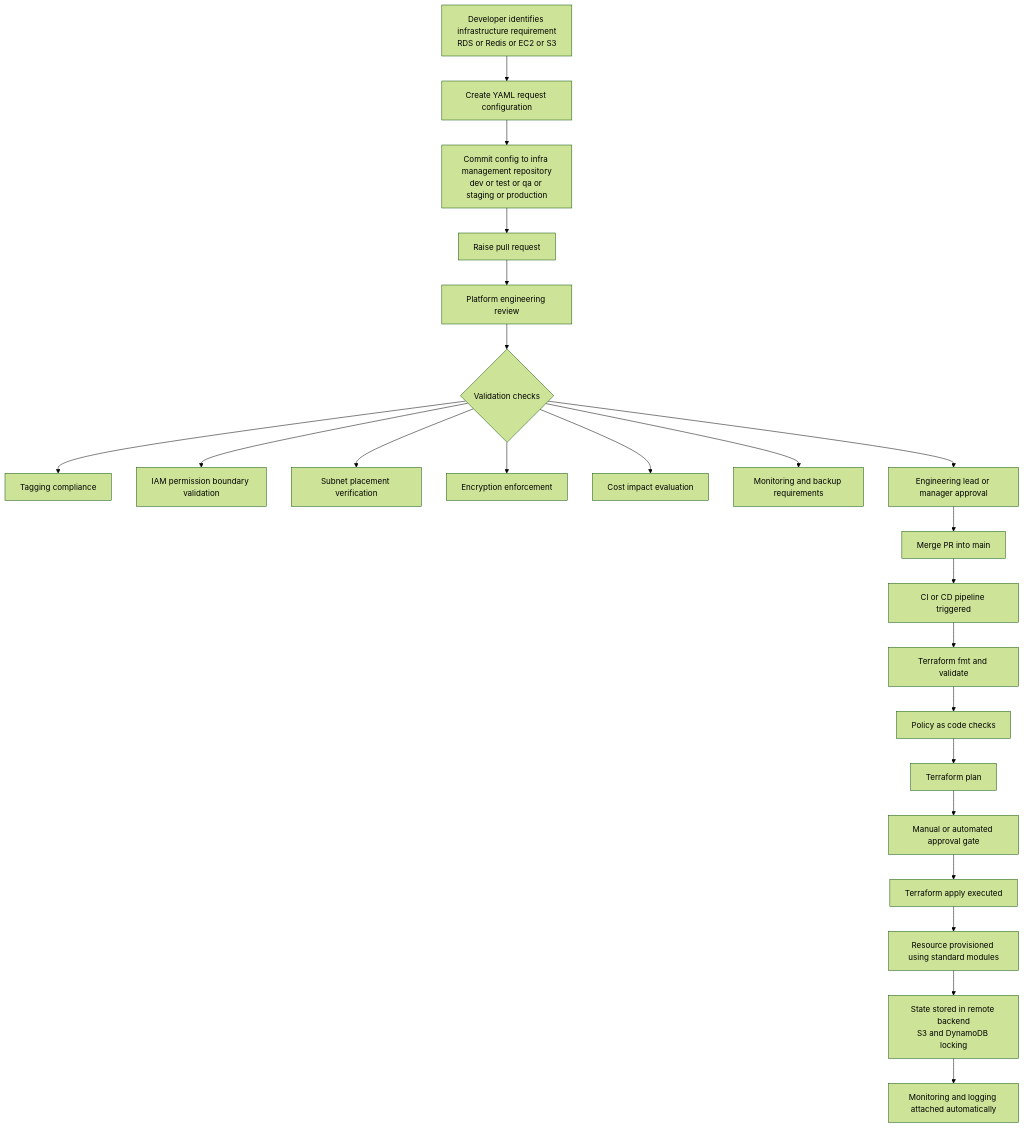
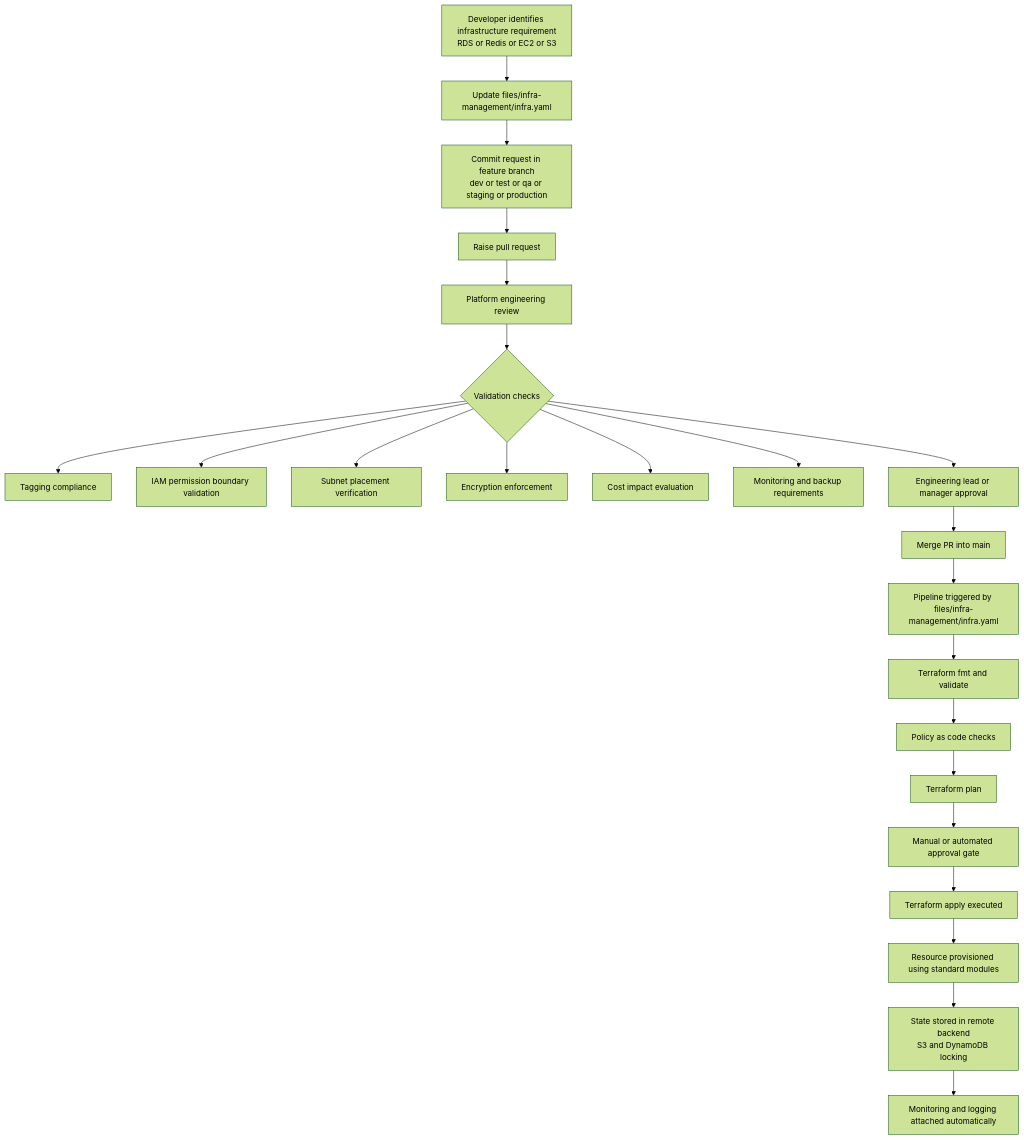
One commit to devopsforge2304/IDP-Terraform-Project changed the diagram in idp-provisioning-workflow.md. Above: the diagram before and after it, drawn with Mermaid (forest theme). The commit also changed 37 other files, not shown here.

Commit message:
variablised all the modules and changed the infra.yaml file positioning

````diff
--- a/idp-provisioning-workflow.md
+++ b/idp-provisioning-workflow.md
@@ -3,25 +3,25 @@
 ```mermaid
 flowchart TD
-    A[Developer identifies infrastructure requirement<br/>RDS or Redis or EC2 or S3] --> B[Create YAML request configuration]
-    B --> C[Commit config to infra management repository<br/>dev or test or qa or staging or production]
+    A[Developer identifies infrastructure requirement<br/>RDS or Redis or EC2 or S3] --> B[Update files/infra-management/infra.yaml]
+    B --> C[Commit request in feature branch<br/>dev or test or qa or staging or production]
     C --> D[Raise pull request]
     D --> E[Platform engineering review]
     E --> F{Validation checks}
     F --> F1[Tagging compliance]
     F --> F2[IAM permission boundary validation]
     F --> F3[Subnet placement verification]
     F --> F4[Encryption enforcement]
     F --> F5[Cost impact evaluation]
     F --> F6[Monitoring and backup requirements]
     F --> G[Engineering lead or manager approval]
     G --> H[Merge PR into main]
-    H --> I[CI or CD pipeline triggered]
+    H --> I[Pipeline triggered by files/infra-management/infra.yaml]
     I --> J[Terraform fmt and validate]
     J --> K[Policy as code checks]
     K --> L[Terraform plan]
     L --> M[Manual or automated approval gate]
     M --> N[Terraform apply executed]
     N --> O[Resource provisioned using standard modules]
     O --> P[State stored in remote backend<br/>S3 and DynamoDB locking]
     P --> Q[Monitoring and logging attached automatically]
 ```
````
